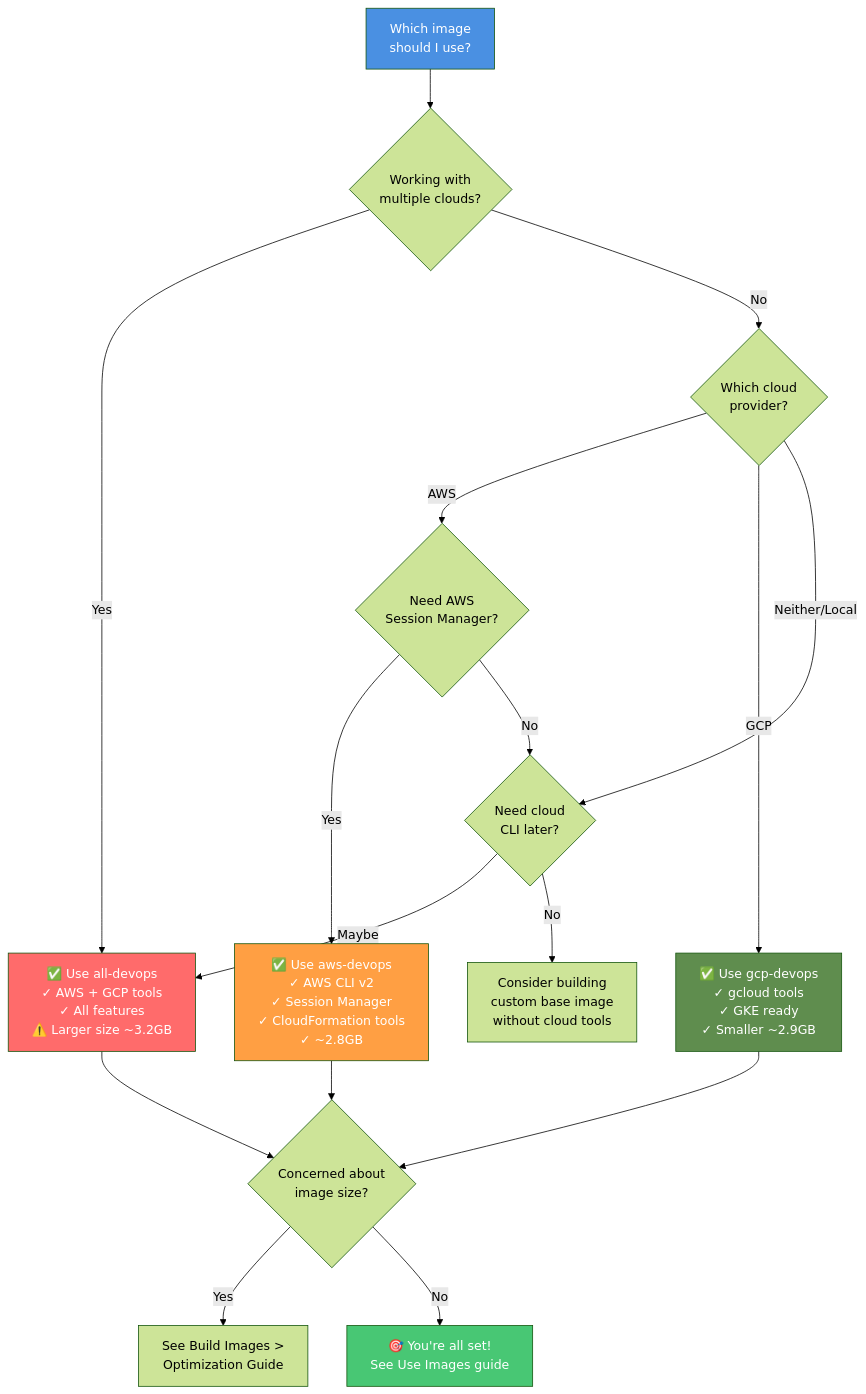
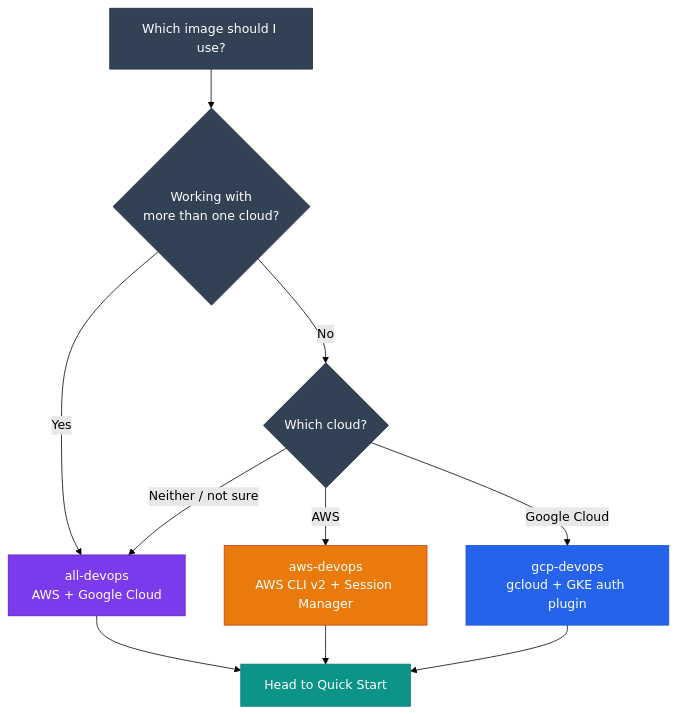
Before and after one commit to jinalshah/devops-images: the diagram in docs/choosing-an-image.md, drawn with Mermaid (forest theme). The commit also changed other lines of this file and 12 other files, not shown here.

First line of the commit message:
Colourful docs refresh, image fixes and accurate architecture pages

````diff
--- a/docs/choosing-an-image.md
+++ b/docs/choosing-an-image.md
@@ -7,33 +12,23 @@
 ```mermaid
 flowchart TD
-    START[Which image<br/>should I use?]
+    START["Which image should I use?"] --> Q1{"Working with<br/>more than one cloud?"}
+    Q1 -->|Yes| ALL["all-devops<br/>AWS + Google Cloud"]
+    Q1 -->|No| Q2{"Which cloud?"}
+    Q2 -->|AWS| AWS["aws-devops<br/>AWS CLI v2 + Session Manager"]
+    Q2 -->|Google Cloud| GCP["gcp-devops<br/>gcloud + GKE auth plugin"]
+    Q2 -->|"Neither / not sure"| ALL
+    ALL --> DONE["Head to Quick Start"]
+    AWS --> DONE
+    GCP --> DONE
 
-    START --> Q1{Working with<br/>multiple clouds?}
-
-    Q1 -->|Yes| ALL[✅ Use all-devops<br/>✓ AWS + GCP tools<br/>✓ All features<br/>⚠️ Larger size ~3.2GB]
-
-    Q1 -->|No| Q2{Which cloud<br/>provider?}
-
-    Q2 -->|AWS| AWS_Q{Need AWS<br/>Session Manager?}
-    Q2 -->|GCP| GCP[✅ Use gcp-devops<br/>✓ gcloud tools<br/>✓ GKE ready<br/>✓ Smaller ~2.9GB]
-    Q2 -->|Neither/Local| BASE_Q{Need cloud<br/>CLI later?}
-
-    AWS_Q -->|Yes| AWS[✅ Use aws-devops<br/>✓ AWS CLI v2<br/>✓ Session Manager<br/>✓ CloudFormation tools<br/>✓ ~2.8GB]
-    AWS_Q -->|No| BASE_Q
-
-    BASE_Q -->|Maybe| ALL
-    BASE_Q -->|No| CONSIDER[Consider building<br/>custom base image<br/>without cloud tools]
-
-    ALL --> SIZE_Q{Concerned about<br/>image size?}
-    AWS --> SIZE_Q
-    GCP --> SIZE_Q
-
-    SIZE_Q -->|Yes| OPT[See Build Images ><br/>Optimization Guide]
-    SIZE_Q -->|No| DONE[🎯 You're all set!<br/>See Use Images guide]
-
-    style START fill:#4A90E2,color:#fff
-    style ALL fill:#FF6B6B,color:#fff
-    style AWS fill:#FF9F43,color:#fff
-    style GCP fill:#5F8D4E,color:#fff
-    style DONE fill:#48C774,color:#fff
+    classDef q fill:#334155,stroke:#1e293b,color:#fff
+    classDef all fill:#7c3aed,stroke:#5b21b6,color:#fff
+    classDef aws fill:#ea7a0c,stroke:#c2410c,color:#fff
+    classDef gcp fill:#2563eb,stroke:#1d4ed8,color:#fff
+    classDef done fill:#0d9488,stroke:#0f766e,color:#fff
+    class START,Q1,Q2 q
+    class ALL all
+    class AWS aws
+    class GCP gcp
+    class DONE done
 ```
````
